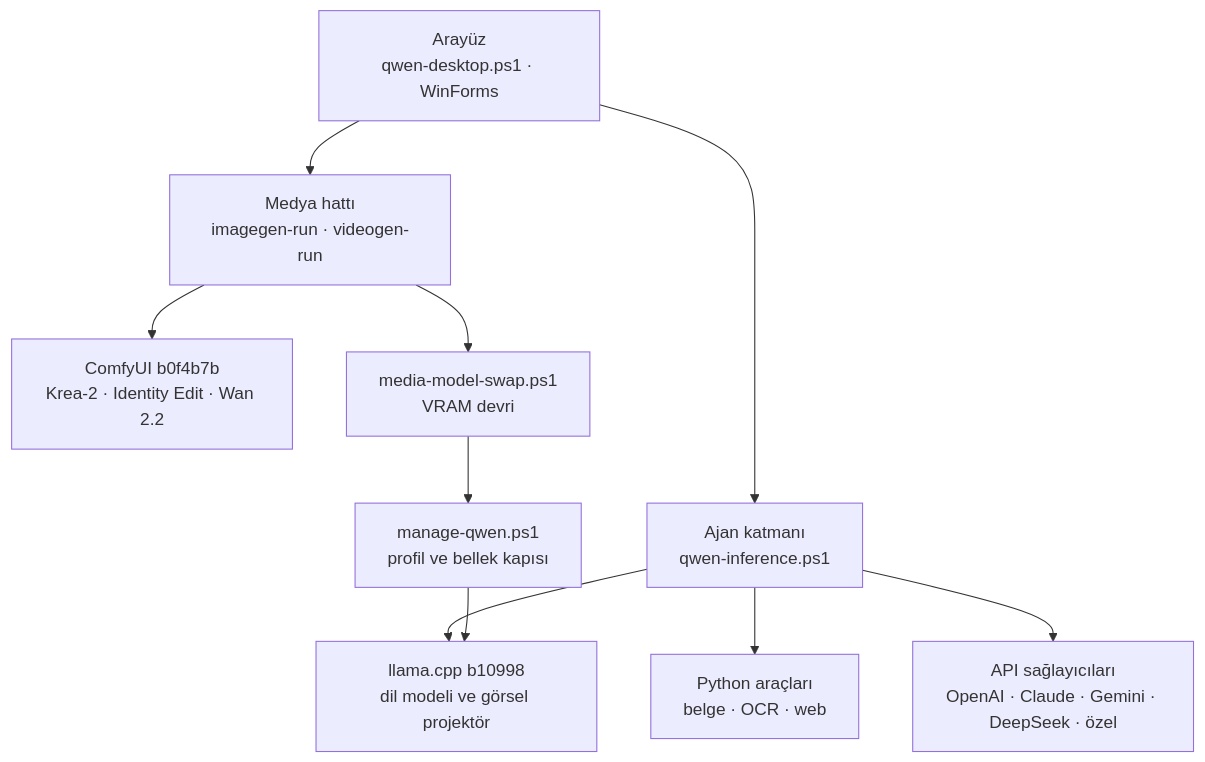
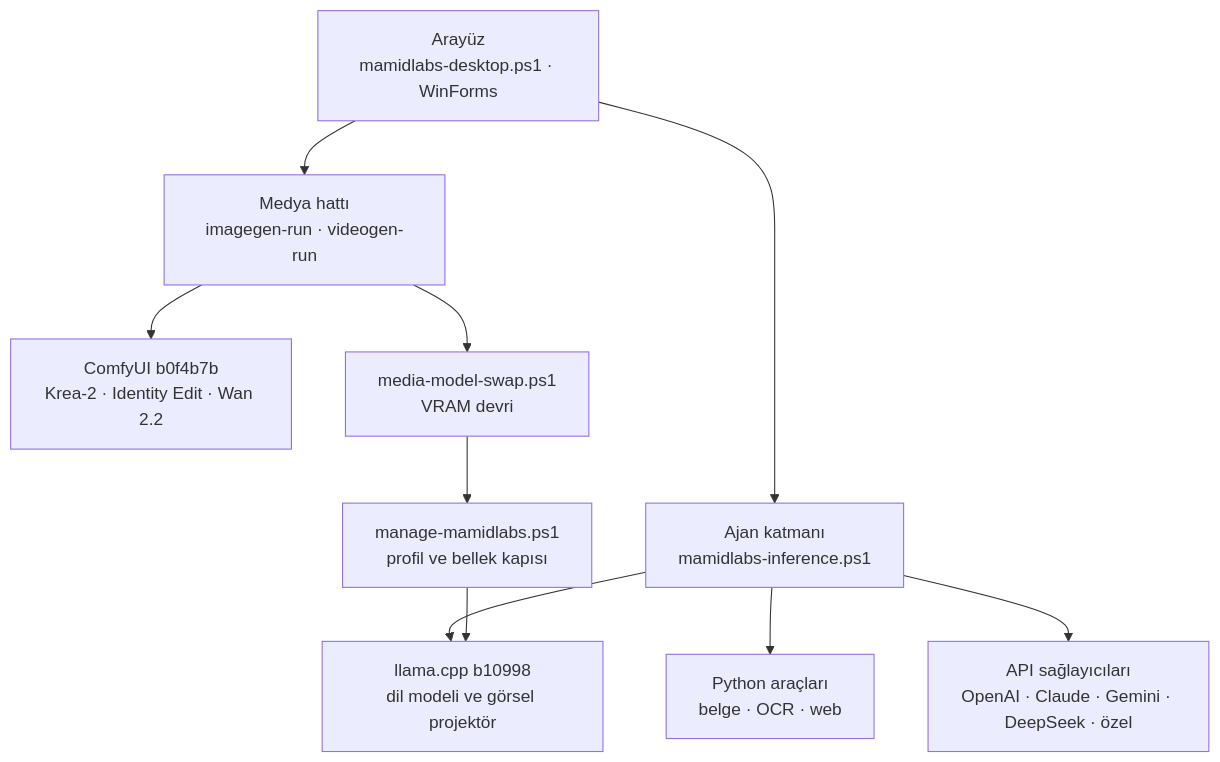
One commit to workaybarsh/MamidLabsTR changed the diagram in README.md. Above: the diagram before and after it, drawn with Mermaid. The commit also changed 54 other files, not shown here.

````diff
--- a/README.md
+++ b/README.md
@@ -117,12 +117,12 @@
 ```mermaid
 flowchart TD
-    UI["Arayüz<br>qwen-desktop.ps1 · WinForms"] --> AG["Ajan katmanı<br>qwen-inference.ps1"]
+    UI["Arayüz<br>mamidlabs-desktop.ps1 · WinForms"] --> AG["Ajan katmanı<br>mamidlabs-inference.ps1"]
     AG --> LL["llama.cpp b10998<br>dil modeli ve görsel projektör"]
     AG --> PY["Python araçları<br>belge · OCR · web"]
     AG --> API["API sağlayıcıları<br>OpenAI · Claude · Gemini · DeepSeek · özel"]
     UI --> MED["Medya hattı<br>imagegen-run · videogen-run"]
     MED --> CU["ComfyUI b0f4b7b<br>Krea-2 · Identity Edit · Wan 2.2"]
-    MQ["manage-qwen.ps1<br>profil ve bellek kapısı"] --> LL
+    MQ["manage-mamidlabs.ps1<br>profil ve bellek kapısı"] --> LL
     MED --> SW["media-model-swap.ps1<br>VRAM devri"]
     SW --> MQ
 ```
````
